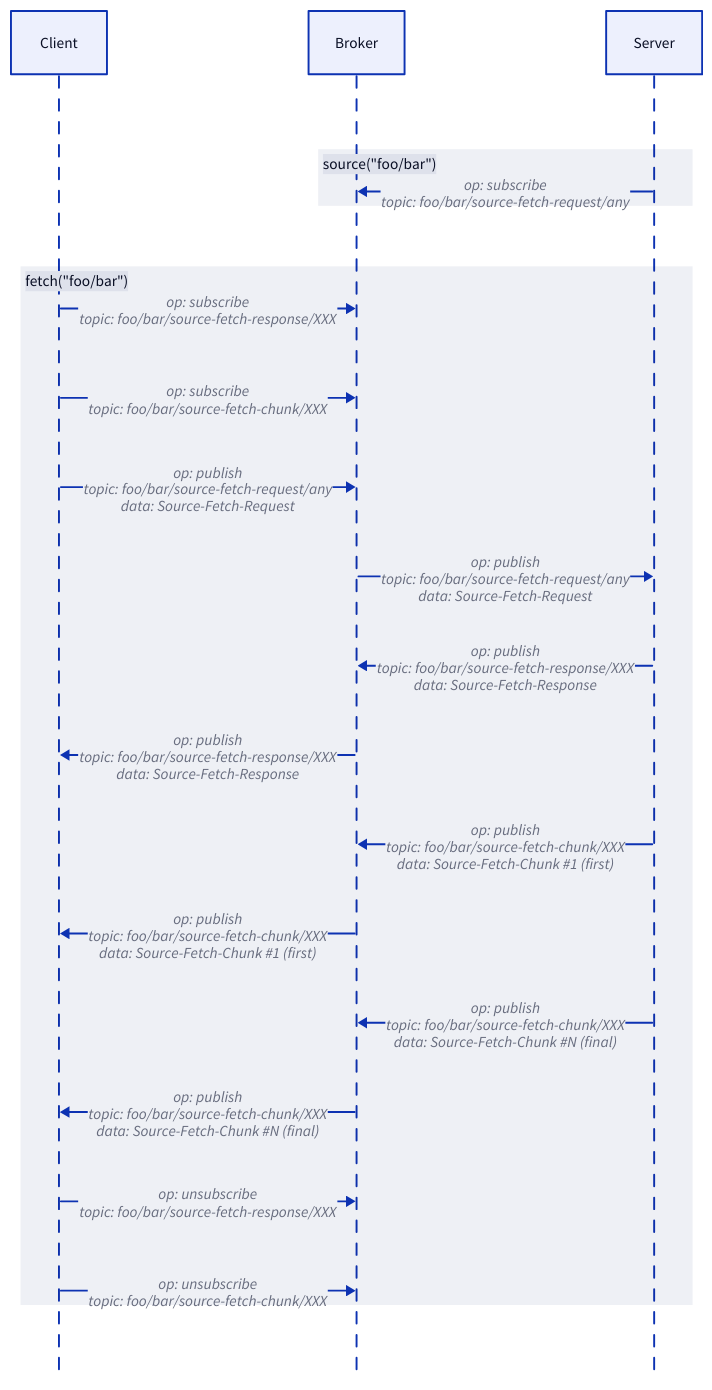
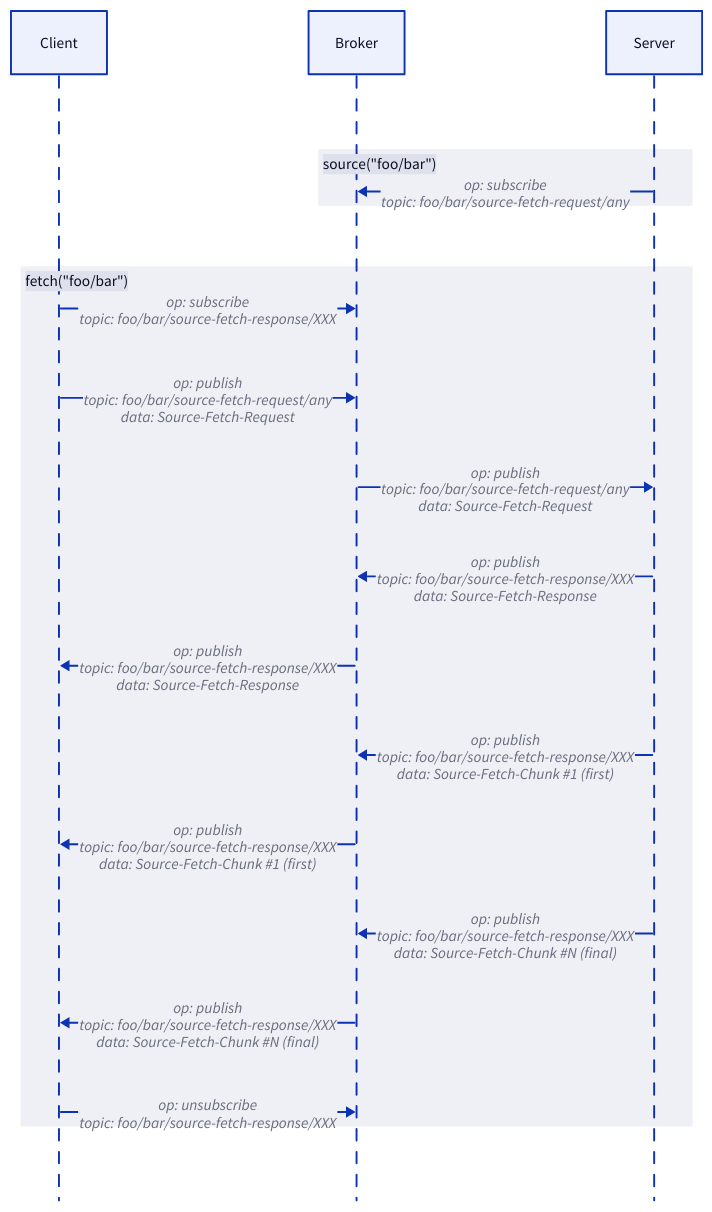
One commit to rse/mqtt-plus changed the diagram in doc/mqtt-plus-comm-source-fetch.d2. Above: the diagram before and after it, drawn with D2. The commit also changed 10 other files, not shown here.

Commit message:
REFACTOR: use a single response topic for each of event/service/sink/source

```diff
--- a/doc/mqtt-plus-comm-source-fetch.d2
+++ b/doc/mqtt-plus-comm-source-fetch.d2
@@ -1,26 +1,24 @@
 shape: sequence_diagram
 
 client: "Client"
 broker: "Broker"
 server: "Server"
 
 broker.class: brown
 
 source("foo/bar") {
     server -> broker: "op: subscribe\ntopic: foo/bar/source-fetch-request/any"
 }
 
 fetch("foo/bar") {
     client -> broker: "op: subscribe\ntopic: foo/bar/source-fetch-response/XXX"
-    client -> broker: "op: subscribe\ntopic: foo/bar/source-fetch-chunk/XXX"
     client -> broker: "op: publish\ntopic: foo/bar/source-fetch-request/any\ndata: Source-Fetch-Request"
     broker -> server: "op: publish\ntopic: foo/bar/source-fetch-request/any\ndata: Source-Fetch-Request"
     broker <- server: "op: publish\ntopic: foo/bar/source-fetch-response/XXX\ndata: Source-Fetch-Response"
     client <- broker: "op: publish\ntopic: foo/bar/source-fetch-response/XXX\ndata: Source-Fetch-Response"
-    broker <- server: "op: publish\ntopic: foo/bar/source-fetch-chunk/XXX\ndata: Source-Fetch-Chunk #1 (first)"
-    client <- broker: "op: publish\ntopic: foo/bar/source-fetch-chunk/XXX\ndata: Source-Fetch-Chunk #1 (first)"
-    broker <- server: "op: publish\ntopic: foo/bar/source-fetch-chunk/XXX\ndata: Source-Fetch-Chunk #N (final)"
-    client <- broker: "op: publish\ntopic: foo/bar/source-fetch-chunk/XXX\ndata: Source-Fetch-Chunk #N (final)"
+    broker <- server: "op: publish\ntopic: foo/bar/source-fetch-response/XXX\ndata: Source-Fetch-Chunk #1 (first)"
+    client <- broker: "op: publish\ntopic: foo/bar/source-fetch-response/XXX\ndata: Source-Fetch-Chunk #1 (first)"
+    broker <- server: "op: publish\ntopic: foo/bar/source-fetch-response/XXX\ndata: Source-Fetch-Chunk #N (final)"
+    client <- broker: "op: publish\ntopic: foo/bar/source-fetch-response/XXX\ndata: Source-Fetch-Chunk #N (final)"
     client -> broker: "op: unsubscribe\ntopic: foo/bar/source-fetch-response/XXX"
-    client -> broker: "op: unsubscribe\ntopic: foo/bar/source-fetch-chunk/XXX"
 }
```
